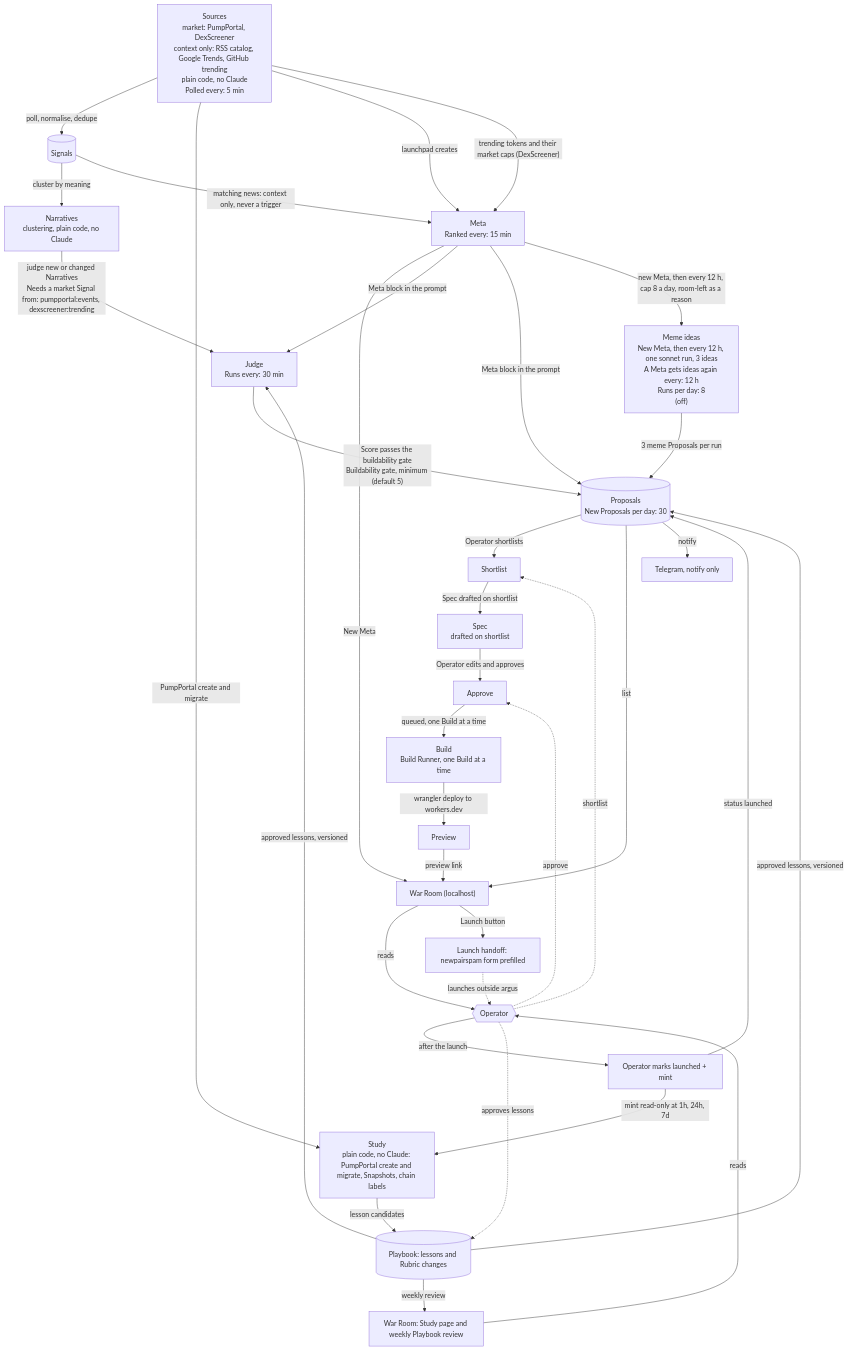
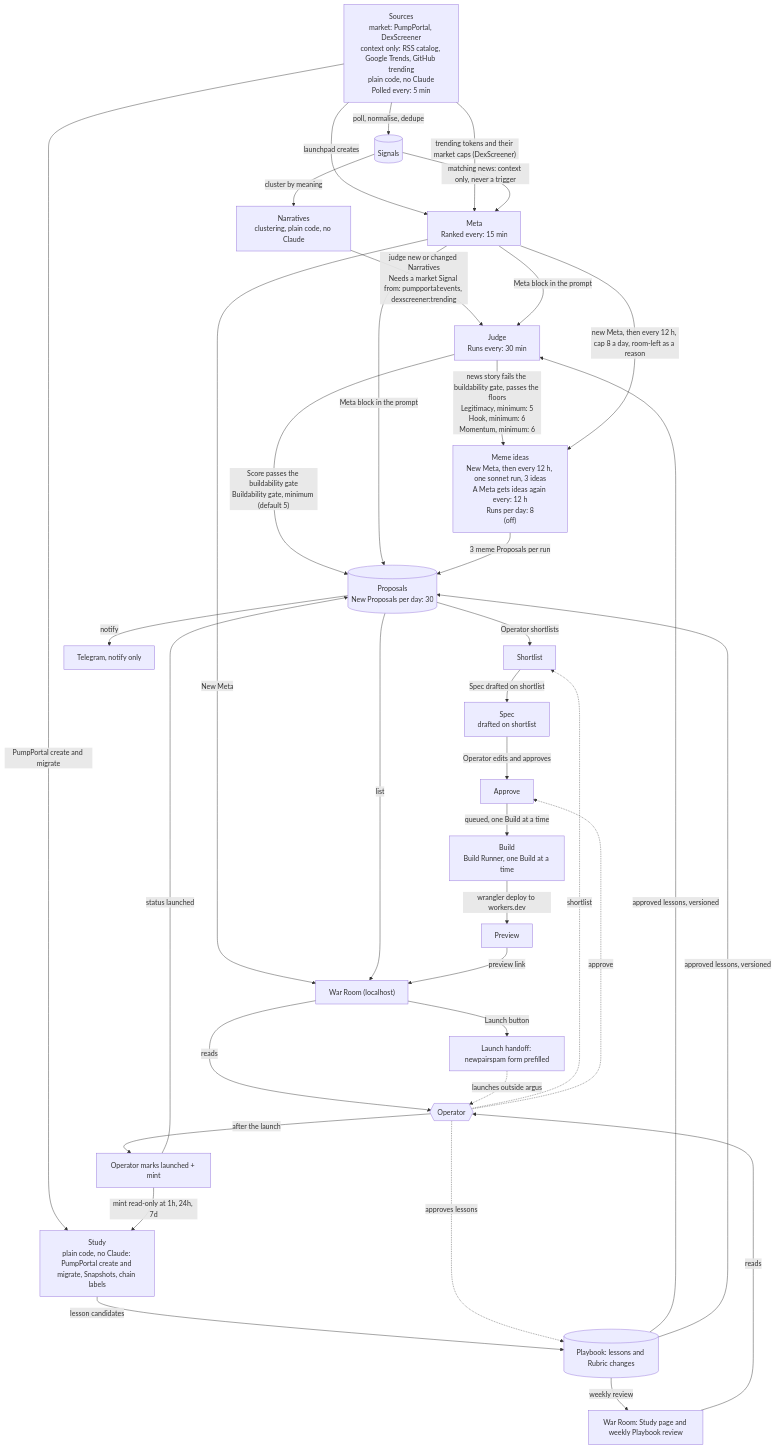
Before and after one commit to LuisPacx/argus: the first of 3 diagrams in docs/architecture.md, drawn with Mermaid. The commit also changed other lines of this file and 20 other files, not shown here.

First line of the commit message:
Proposal routing ticket 04: news meme Proposals

````diff
--- a/docs/architecture.md
+++ b/docs/architecture.md
@@ -16,59 +16,60 @@
 ```mermaid
 flowchart TD
   SOURCES["Sources<br/>market: PumpPortal, DexScreener<br/>context only: RSS catalog, Google Trends, GitHub trending<br/>plain code, no Claude<br/>Polled every: 5 min"]
   SIGNALS[("Signals")]
   NARRATIVES["Narratives<br/>clustering, plain code, no Claude"]
   JUDGE["Judge<br/>Runs every: 30 min"]
   PROPOSALS[("Proposals<br/>New Proposals per day: 30")]
   SHORTLIST["Shortlist"]
   SPEC["Spec<br/>drafted on shortlist"]
   APPROVE["Approve"]
   BUILD["Build<br/>Build Runner, one Build at a time"]
   PREVIEW["Preview"]
   STUDY["Study<br/>plain code, no Claude: PumpPortal create and migrate, Snapshots, chain labels"]
   META["Meta<br/>Ranked every: 15 min"]
   MEME["Meme ideas<br/>New Meta, then every 12 h, one sonnet run, 3 ideas<br/>A Meta gets ideas again every: 12 h<br/>Runs per day: 8<br/>(off)"]
   OPERATOR{{"Operator"}}
   WARROOM["War Room (localhost)"]
   TELEGRAM["Telegram, notify only"]
   HANDOFF["Launch handoff: newpairspam form prefilled"]
   MARKED["Operator marks launched + mint"]
   PLAYBOOK[("Playbook: lessons and Rubric changes")]
   REVIEW["War Room: Study page and weekly Playbook review"]
 
   SOURCES -->|"poll, normalise, dedupe"| SIGNALS
   SIGNALS -->|"cluster by meaning"| NARRATIVES
   NARRATIVES -->|"judge new or changed Narratives<br/>Needs a market Signal from: pumpportal:events, dexscreener:trending"| JUDGE
   JUDGE -->|"Score passes the buildability gate<br/>Buildability gate, minimum (default 5)"| PROPOSALS
+  JUDGE -->|"news story fails the buildability gate, passes the floors<br/>Legitimacy, minimum: 5<br/>Hook, minimum: 6<br/>Momentum, minimum: 6"| MEME
   PROPOSALS -->|"Operator shortlists"| SHORTLIST
   SHORTLIST -->|"Spec drafted on shortlist"| SPEC
   SPEC -->|"Operator edits and approves"| APPROVE
   APPROVE -->|"queued, one Build at a time"| BUILD
   BUILD -->|"wrangler deploy to workers.dev"| PREVIEW
   SOURCES -->|"PumpPortal create and migrate"| STUDY
   SOURCES -->|"launchpad creates"| META
   SOURCES -->|"trending tokens and their market caps (DexScreener)"| META
   SIGNALS -->|"matching news: context only, never a trigger"| META
   META -->|"New Meta"| WARROOM
   META -->|"Meta block in the prompt"| JUDGE
   META -->|"Meta block in the prompt"| PROPOSALS
   META -->|"new Meta, then every 12 h, cap 8 a day, room-left as a reason"| MEME
   MEME -->|"3 meme Proposals per run"| PROPOSALS
   PROPOSALS -->|"list"| WARROOM
   PROPOSALS -->|"notify"| TELEGRAM
   WARROOM -->|"reads"| OPERATOR
   OPERATOR -.->|"shortlist"| SHORTLIST
   OPERATOR -.->|"approve"| APPROVE
   PREVIEW -->|"preview link"| WARROOM
   WARROOM -->|"Launch button"| HANDOFF
   HANDOFF -.->|"launches outside argus"| OPERATOR
   OPERATOR -->|"after the launch"| MARKED
   MARKED -->|"status launched"| PROPOSALS
   MARKED -->|"mint read-only at 1h, 24h, 7d"| STUDY
   STUDY -->|"lesson candidates"| PLAYBOOK
   PLAYBOOK -->|"weekly review"| REVIEW
   REVIEW -->|"reads"| OPERATOR
   OPERATOR -.->|"approves lessons"| PLAYBOOK
   PLAYBOOK -->|"approved lessons, versioned"| JUDGE
   PLAYBOOK -->|"approved lessons, versioned"| PROPOSALS
 ```
````
